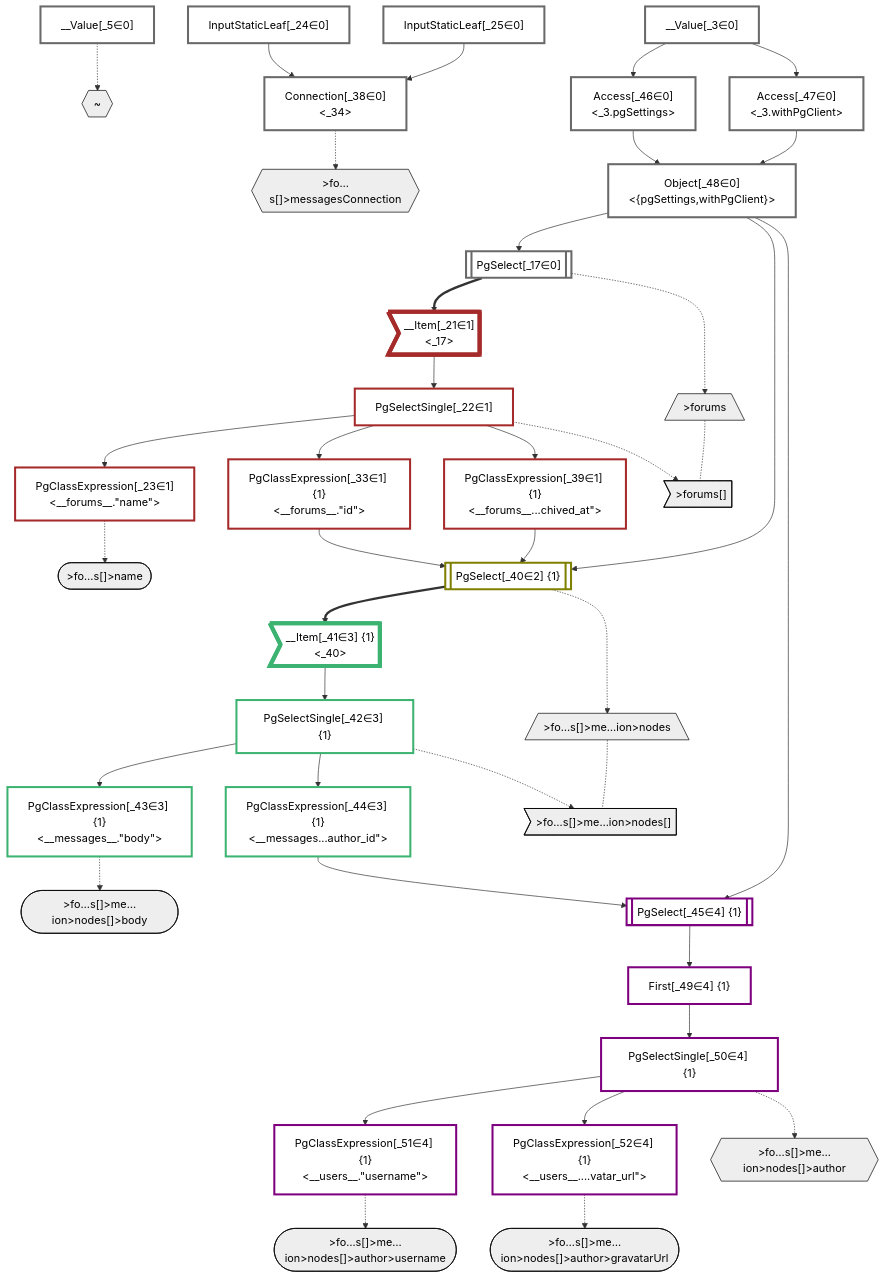
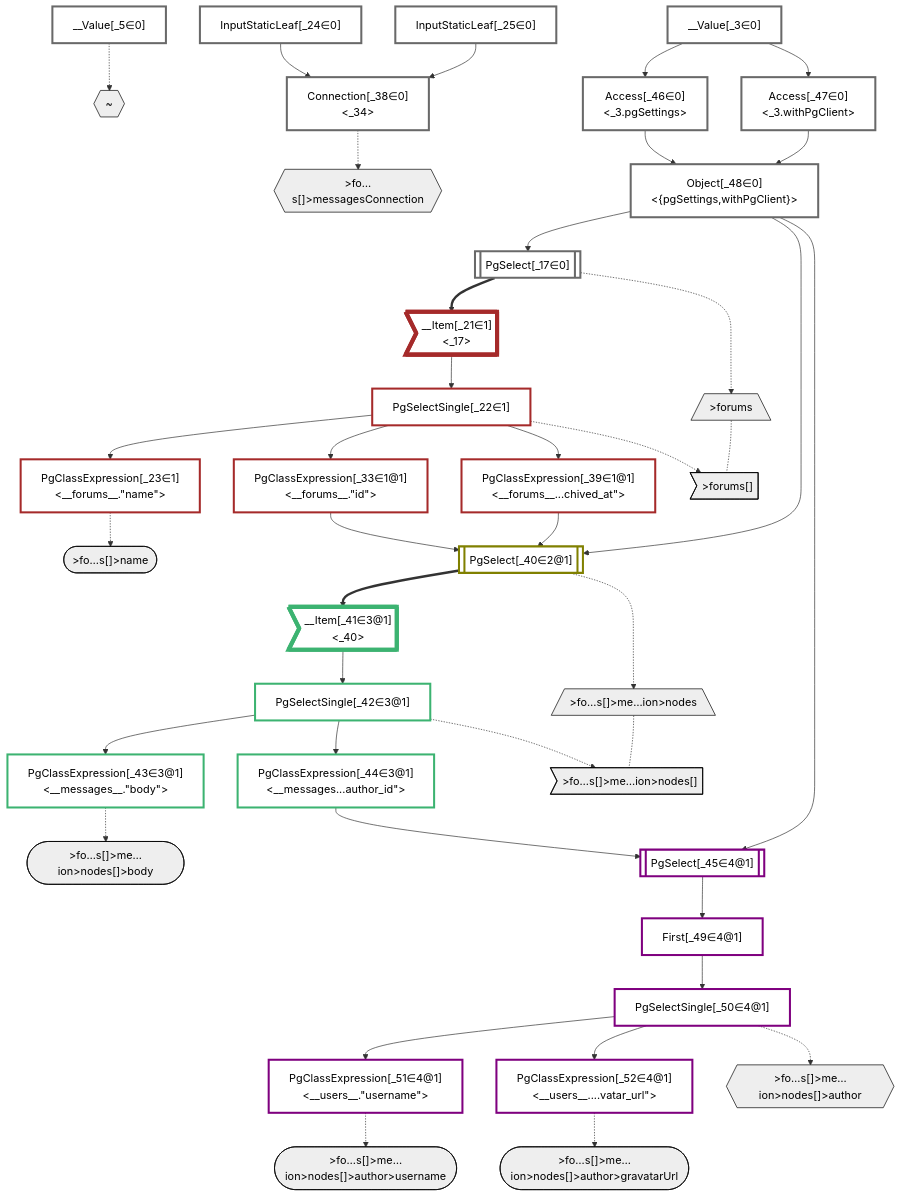
One commit to graphile/crystal changed the diagram in packages/dataplan-pg/__tests__/queries/conditions/archived-forum-inherited-messages.stream-3.deopt.mermaid.md. Above: the diagram before and after it, drawn with Mermaid. The commit also changed 41 other files, not shown here.

Commit message:
New mermaid output with primary group IDs

```diff
--- a/packages/dataplan-pg/__tests__/queries/conditions/archived-forum-inherited-messages.stream-3.deopt.mermaid.md
+++ b/packages/dataplan-pg/__tests__/queries/conditions/archived-forum-inherited-messages.stream-3.deopt.mermaid.md
@@ -38,22 +38,22 @@
     PgClassExpression_23["PgClassExpression[_23∈1]<br /><__forums__.#quot;name#quot;>"]:::plan
     InputStaticLeaf_24["InputStaticLeaf[_24∈0]"]:::plan
     InputStaticLeaf_25["InputStaticLeaf[_25∈0]"]:::plan
-    PgClassExpression_33["PgClassExpression[_33∈1] {1}<br /><__forums__.#quot;id#quot;>"]:::plan
+    PgClassExpression_33["PgClassExpression[_33∈1@1]<br /><__forums__.#quot;id#quot;>"]:::plan
     Connection_38["Connection[_38∈0]<br /><_34>"]:::plan
-    PgClassExpression_39["PgClassExpression[_39∈1] {1}<br /><__forums__...chived_at#quot;>"]:::plan
-    PgSelect_40[["PgSelect[_40∈2] {1}<br /><messages>"]]:::plan
-    __Item_41>"__Item[_41∈3] {1}<br /><_40>"]:::itemplan
-    PgSelectSingle_42["PgSelectSingle[_42∈3] {1}<br /><messages>"]:::plan
-    PgClassExpression_43["PgClassExpression[_43∈3] {1}<br /><__messages__.#quot;body#quot;>"]:::plan
-    PgClassExpression_44["PgClassExpression[_44∈3] {1}<br /><__messages...author_id#quot;>"]:::plan
-    PgSelect_45[["PgSelect[_45∈4] {1}<br /><users>"]]:::plan
+    PgClassExpression_39["PgClassExpression[_39∈1@1]<br /><__forums__...chived_at#quot;>"]:::plan
+    PgSelect_40[["PgSelect[_40∈2@1]<br /><messages>"]]:::plan
+    __Item_41>"__Item[_41∈3@1]<br /><_40>"]:::itemplan
+    PgSelectSingle_42["PgSelectSingle[_42∈3@1]<br /><messages>"]:::plan
+    PgClassExpression_43["PgClassExpression[_43∈3@1]<br /><__messages__.#quot;body#quot;>"]:::plan
+    PgClassExpression_44["PgClassExpression[_44∈3@1]<br /><__messages...author_id#quot;>"]:::plan
+    PgSelect_45[["PgSelect[_45∈4@1]<br /><users>"]]:::plan
     Access_46["Access[_46∈0]<br /><_3.pgSettings>"]:::plan
     Access_47["Access[_47∈0]<br /><_3.withPgClient>"]:::plan
     Object_48["Object[_48∈0]<br /><{pgSettings,withPgClient}>"]:::plan
-    First_49["First[_49∈4] {1}"]:::plan
-    PgSelectSingle_50["PgSelectSingle[_50∈4] {1}<br /><users>"]:::plan
-    PgClassExpression_51["PgClassExpression[_51∈4] {1}<br /><__users__.#quot;username#quot;>"]:::plan
-    PgClassExpression_52["PgClassExpression[_52∈4] {1}<br /><__users__....vatar_url#quot;>"]:::plan
+    First_49["First[_49∈4@1]"]:::plan
+    PgSelectSingle_50["PgSelectSingle[_50∈4@1]<br /><users>"]:::plan
+    PgClassExpression_51["PgClassExpression[_51∈4@1]<br /><__users__.#quot;username#quot;>"]:::plan
+    PgClassExpression_52["PgClassExpression[_52∈4@1]<br /><__users__....vatar_url#quot;>"]:::plan
 
     %% plan dependencies
     Object_48 --> PgSelect_17
```
